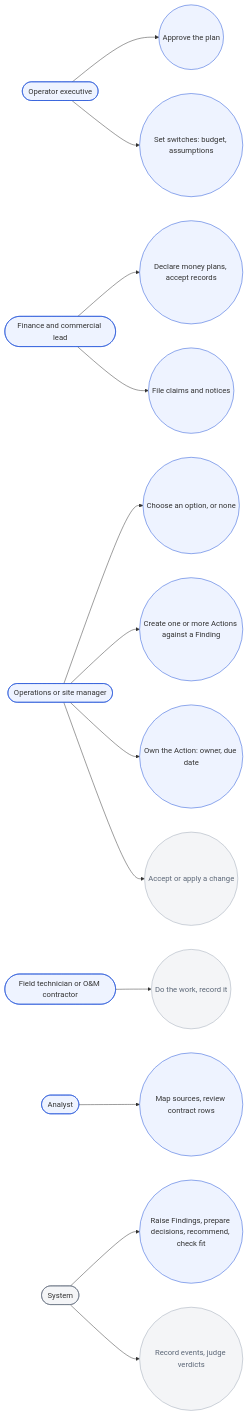
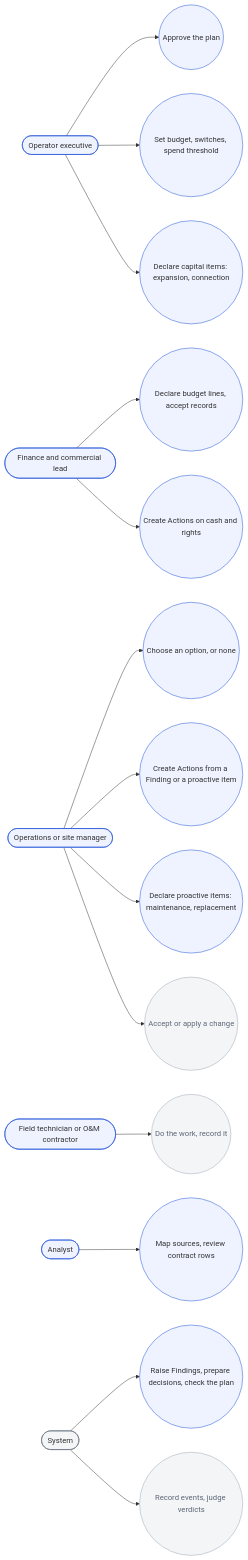
One commit to bineyame/AssetOpsV1 changed the seventh of 11 diagrams in Docs/demo-sprint/product-direction-layer4/layer4-transformation-design.md. Above: the diagram before and after it, drawn with Mermaid. The commit also changed other lines of this file and 5 other files, not shown here.

First line of the commit message:
Layer 4 design rev 16.2: review C fixes, owner decisions on the plan, trim

````diff
--- a/Docs/demo-sprint/product-direction-layer4/layer4-transformation-design.md
+++ b/Docs/demo-sprint/product-direction-layer4/layer4-transformation-design.md
@@ -478,25 +450,26 @@
 ```mermaid
 flowchart LR
   EX(["Operator executive"]):::actor
   FC(["Finance and commercial lead"]):::actor
   SM(["Operations or site manager"]):::actor
   FT(["Field technician or O&M contractor"]):::actor
   AO(["Analyst"]):::actor
   SYS(["System"]):::sys
   EX --> U1(("Approve the plan")):::new
-  EX --> U2(("Set switches: budget, assumptions")):::new
+  EX --> U2(("Set budget, switches, spend threshold")):::new
   SM --> U3(("Choose an option, or none")):::new
-  SM --> U12(("Create one or more Actions against a Finding")):::new
-  SM --> U4(("Own the Action: owner, due date")):::new
+  SM --> U12(("Create Actions from a Finding or a proactive item")):::new
+  SM --> U13(("Declare proactive items: maintenance, replacement")):::new
+  EX --> U14(("Declare capital items: expansion, connection")):::new
   SM --> U5(("Accept or apply a change")):::keep
   FT --> U6(("Do the work, record it")):::keep
-  FC --> U7(("Declare money plans, accept records")):::new
-  FC --> U8(("File claims and notices")):::new
+  FC --> U7(("Declare budget lines, accept records")):::new
+  FC --> U8(("Create Actions on cash and rights")):::new
   AO --> U11(("Map sources, review contract rows")):::new
-  SYS --> U9(("Raise Findings, prepare decisions, recommend, check fit")):::new
+  SYS --> U9(("Raise Findings, prepare decisions, check the plan")):::new
   SYS --> U10(("Record events, judge verdicts")):::keep
   classDef actor fill:#eef3ff,stroke:#1d4ed8
   classDef sys fill:#f4f5f7,stroke:#5d6878
   classDef new fill:#eef3ff,stroke:#1d4ed8
   classDef keep fill:#f4f5f7,stroke:#9aa5b4,color:#5d6878
 ```
````
